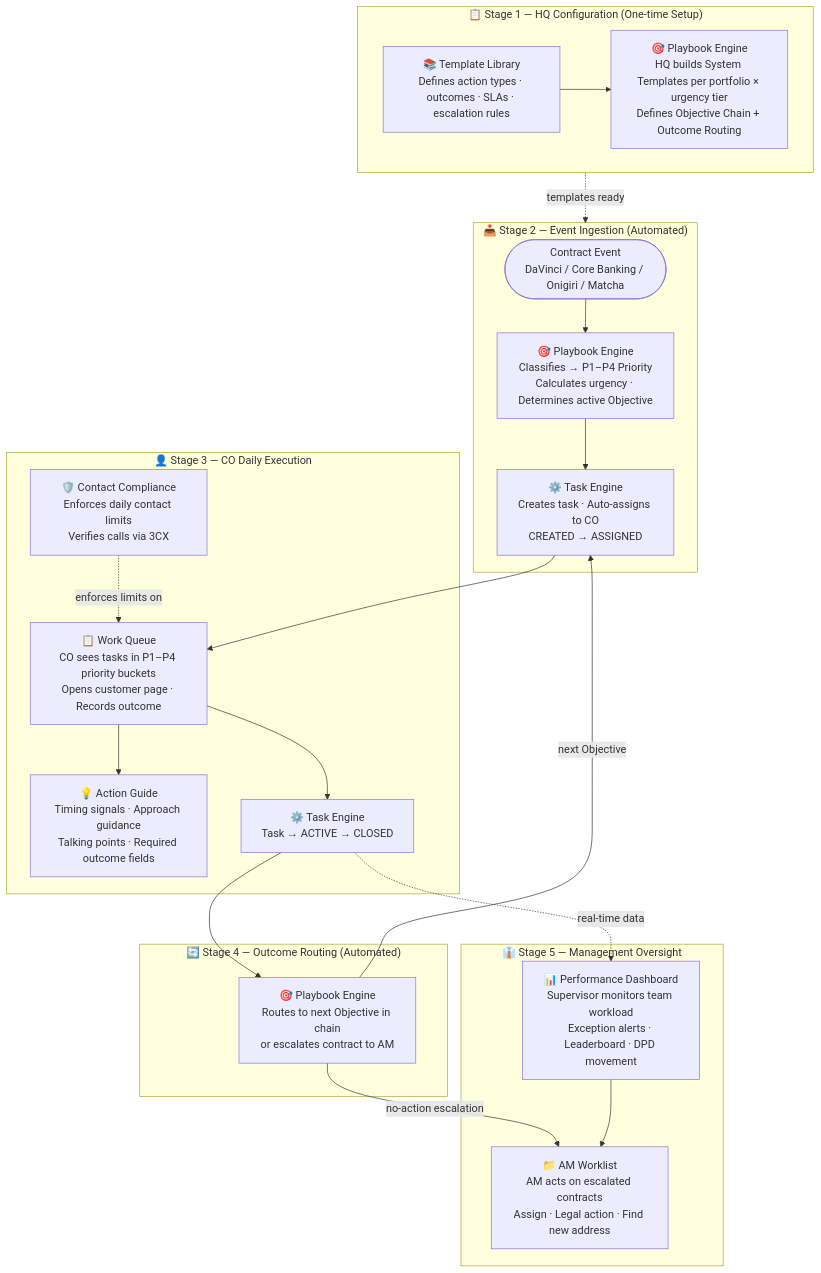
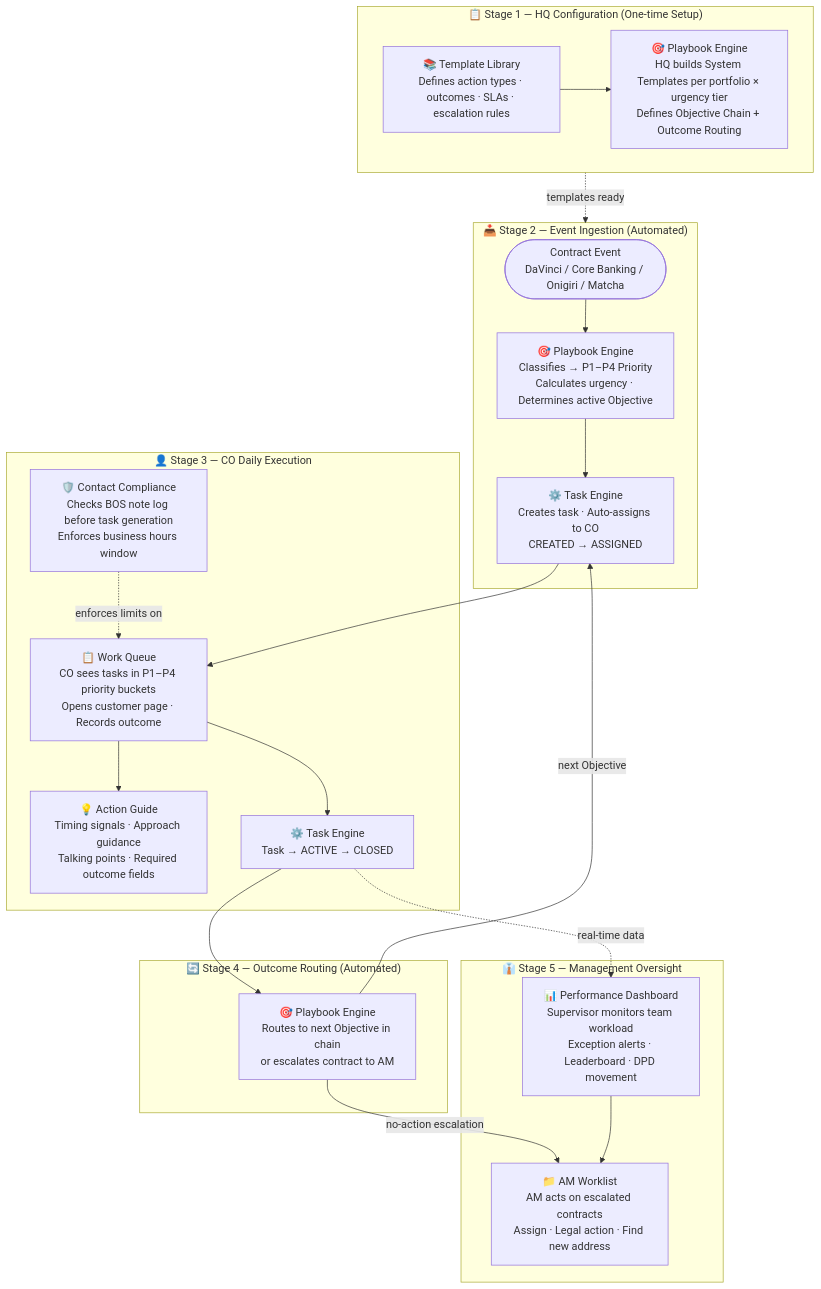
One commit to ploypapasaph-commits/to_do_list changed the first of 3 diagrams in product/operations/sensei/PRODUCT.md. Above: the diagram before and after it, drawn with Mermaid. The commit also changed other lines of this file and 3 other files, not shown here.

````diff
--- a/product/operations/sensei/PRODUCT.md
+++ b/product/operations/sensei/PRODUCT.md
@@ -80,43 +80,43 @@
 ```mermaid
 flowchart TD
     subgraph STAGE1["📋 Stage 1 — HQ Configuration (One-time Setup)"]
         TL["📚 Template Library\nDefines action types · outcomes · SLAs · escalation rules"]
         PE_CONFIG["🎯 Playbook Engine\nHQ builds System Templates per portfolio × urgency tier\nDefines Objective Chain + Outcome Routing"]
         TL --> PE_CONFIG
     end
 
     subgraph STAGE2["📥 Stage 2 — Event Ingestion (Automated)"]
         EVENT(["Contract Event\nDaVinci / Core Banking / Onigiri / Matcha"])
         PE_CLASSIFY["🎯 Playbook Engine\nClassifies → P1–P4 Priority\nCalculates urgency · Determines active Objective"]
         TE_CREATE["⚙️ Task Engine\nCreates task · Auto-assigns to CO\nCREATED → ASSIGNED"]
         EVENT --> PE_CLASSIFY
         PE_CLASSIFY --> TE_CREATE
     end
 
     subgraph STAGE3["👤 Stage 3 — CO Daily Execution"]
         WQ["📋 Work Queue\nCO sees tasks in P1–P4 priority buckets\nOpens customer page · Records outcome"]
         AG["💡 Action Guide\nTiming signals · Approach guidance\nTalking points · Required outcome fields"]
-        CC["🛡️ Contact Compliance\nEnforces daily contact limits\nVerifies calls via 3CX"]
+        CC["🛡️ Contact Compliance\nChecks BOS note log before task generation\nEnforces business hours window"]
         TE_CLOSE["⚙️ Task Engine\nTask → ACTIVE → CLOSED"]
         WQ --> AG
         CC -.->|enforces limits on| WQ
         WQ --> TE_CLOSE
     end
 
     subgraph STAGE4["🔄 Stage 4 — Outcome Routing (Automated)"]
         PE_ROUTE["🎯 Playbook Engine\nRoutes to next Objective in chain\nor escalates contract to AM"]
     end
 
     subgraph STAGE5["👔 Stage 5 — Management Oversight"]
         PD["📊 Performance Dashboard\nSupervisor monitors team workload\nException alerts · Leaderboard · DPD movement"]
         AW["📁 AM Worklist\nAM acts on escalated contracts\nAssign · Legal action · Find new address"]
     end
 
     STAGE1 -.->|templates ready| STAGE2
     TE_CREATE --> WQ
     TE_CLOSE --> PE_ROUTE
     PE_ROUTE -->|next Objective| TE_CREATE
     PE_ROUTE -->|no-action escalation| AW
     TE_CLOSE -.->|real-time data| PD
     PD --> AW
 ```
````
